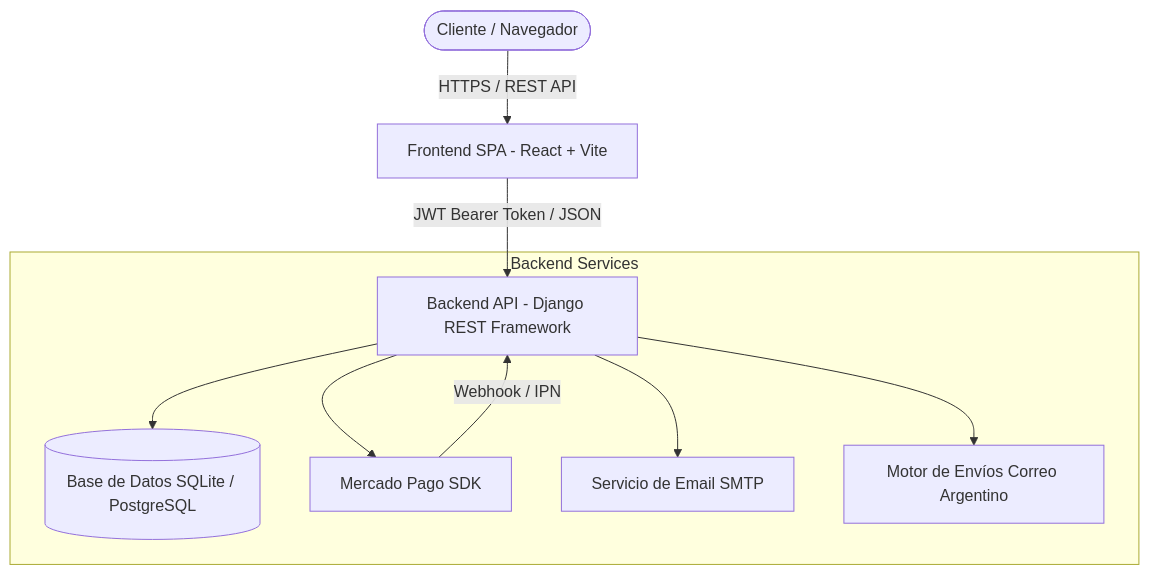
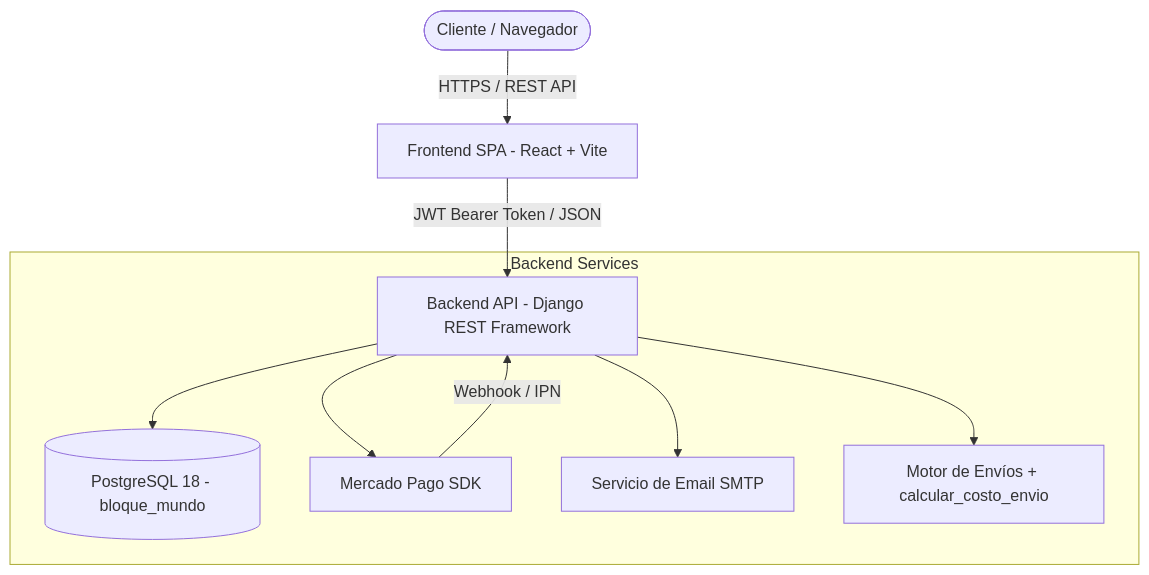
One commit to Agustinschh/Taller-integrador changed the diagram in DOCUMENTACION.md. Above: the diagram before and after it, drawn with Mermaid. The commit also changed other lines of this file and 4 other files, not shown here.

````diff
--- a/DOCUMENTACION.md
+++ b/DOCUMENTACION.md
@@ -21,14 +21,14 @@
 ```mermaid
 graph TD
     User([Cliente / Navegador]) -->|HTTPS / REST API| Frontend[Frontend SPA - React + Vite]
     Frontend -->|JWT Bearer Token / JSON| Backend[Backend API - Django REST Framework]
     
     subgraph Backend Services
-        Backend --> DB[(Base de Datos SQLite / PostgreSQL)]
+        Backend --> DB[(PostgreSQL 18 - bloque_mundo)]
         Backend --> MP[Mercado Pago SDK]
         Backend --> SMTP[Servicio de Email SMTP]
-        Backend --> Shipping[Motor de Envíos Correo Argentino]
+        Backend --> Shipping[Motor de Envíos + calcular_costo_envio]
     end
     
     MP -->|Webhook / IPN| Backend
 ```
````
